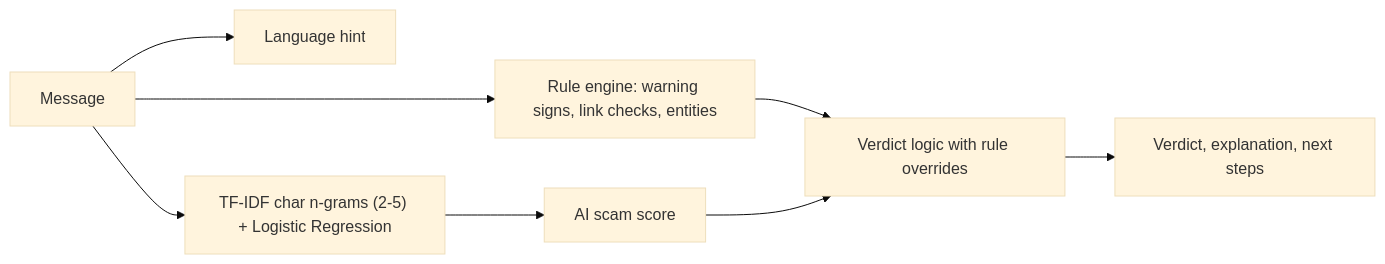
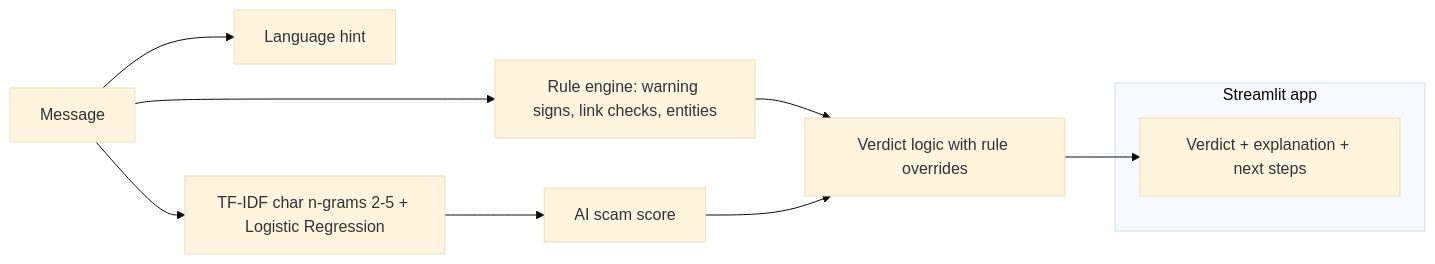
The diagram in README.md (Sidra-009/blackvault-ai), drawn with Mermaid (base theme) before and after one commit. The commit also changed other lines of this file, not shown here.

Commit message:
Add project highlights, quickstart and architecture diagram to README

````diff
--- a/README.md
+++ b/README.md
@@ -75,10 +88,14 @@
 ```mermaid
 flowchart LR
     A[Message] --> B[Language hint]
-    A --> C["TF-IDF char n-grams (2-5) + Logistic Regression"]
+    A --> C["TF-IDF char n-grams 2-5 + Logistic Regression"]
     A --> D["Rule engine: warning signs, link checks, entities"]
     C --> E[AI scam score]
     D --> F[Verdict logic with rule overrides]
     E --> F
-    F --> G[Verdict, explanation, next steps]
+    F --> G[Verdict + explanation + next steps]
+
+    subgraph UI [Streamlit app]
+      G
+    end
 ```
````
